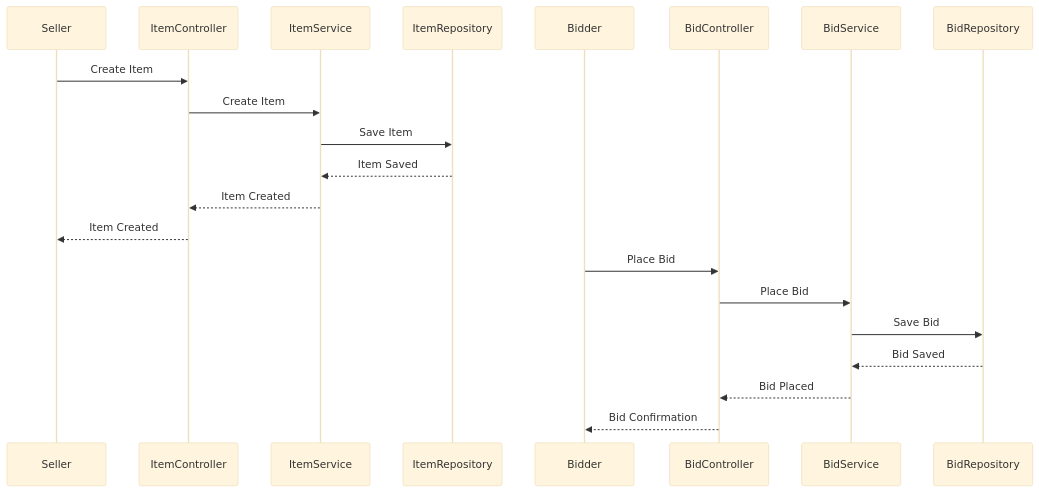
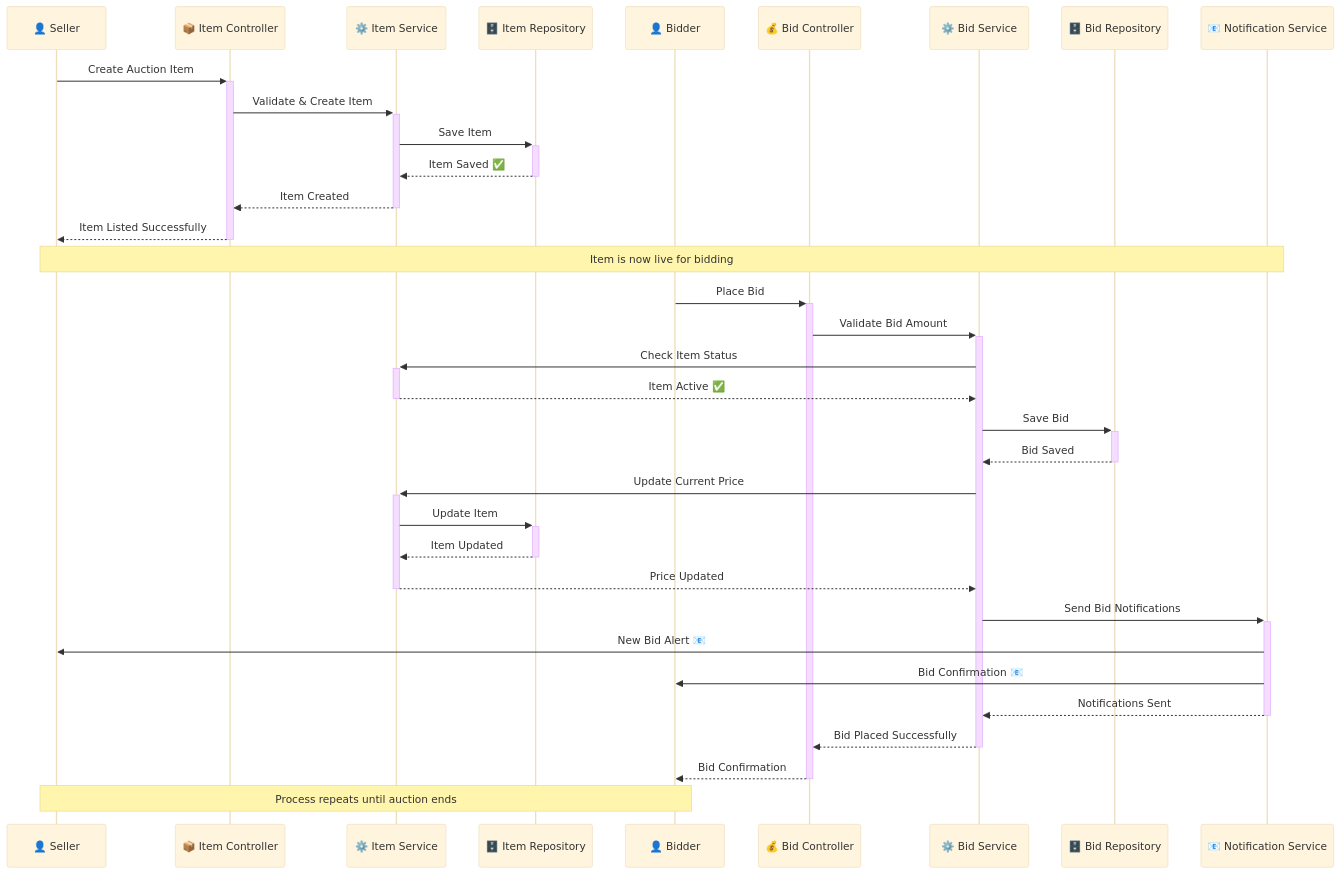
The tenth of 22 diagrams in README.md (utkarshxf/threadbit_bakend), drawn with Mermaid (base theme) before and after one commit. The commit also changed other lines of this file, not shown here.

````diff
--- a/README.md
+++ b/README.md
@@ -383,25 +808,43 @@
 ```mermaid
 sequenceDiagram
-    participant Seller
-    participant ItemController
-    participant ItemService
-    participant ItemRepository
-    participant Bidder
-    participant BidController
-    participant BidService
-    participant BidRepository
+    participant Seller as 👤 Seller
+    participant IC as 📦 Item Controller
+    participant IS as ⚙️ Item Service
+    participant IR as 🗄️ Item Repository
+    participant Bidder as 👤 Bidder
+    participant BC as 💰 Bid Controller
+    participant BS as ⚙️ Bid Service
+    participant BR as 🗄️ Bid Repository
+    participant NS as 📧 Notification Service
 
-    Seller->>ItemController: Create Item
-    ItemController->>ItemService: Create Item
-    ItemService->>ItemRepository: Save Item
-    ItemRepository-->>ItemService: Item Saved
-    ItemService-->>ItemController: Item Created
-    ItemController-->>Seller: Item Created
+    Seller->>+IC: Create Auction Item
+    IC->>+IS: Validate & Create Item
+    IS->>+IR: Save Item
+    IR-->>-IS: Item Saved ✅
+    IS-->>-IC: Item Created
+    IC-->>-Seller: Item Listed Successfully
 
-    Bidder->>BidController: Place Bid
-    BidController->>BidService: Place Bid
-    BidService->>BidRepository: Save Bid
-    BidRepository-->>BidService: Bid Saved
-    BidService-->>BidController: Bid Placed
-    BidController-->>Bidder: Bid Confirmation
+    Note over Seller,NS: Item is now live for bidding
+
+    Bidder->>+BC: Place Bid
+    BC->>+BS: Validate Bid Amount
+    BS->>+IS: Check Item Status
+    IS-->>-BS: Item Active ✅
+    BS->>+BR: Save Bid
+    BR-->>-BS: Bid Saved
+    
+    BS->>+IS: Update Current Price
+    IS->>+IR: Update Item
+    IR-->>-IS: Item Updated
+    IS-->>-BS: Price Updated
+    
+    BS->>+NS: Send Bid Notifications
+    NS->>Seller: New Bid Alert 📧
+    NS->>Bidder: Bid Confirmation 📧
+    NS-->>-BS: Notifications Sent
+    
+    BS-->>-BC: Bid Placed Successfully
+    BC-->>-Bidder: Bid Confirmation
+    
+    Note over Bidder,Seller: Process repeats until auction ends
 ```
````
